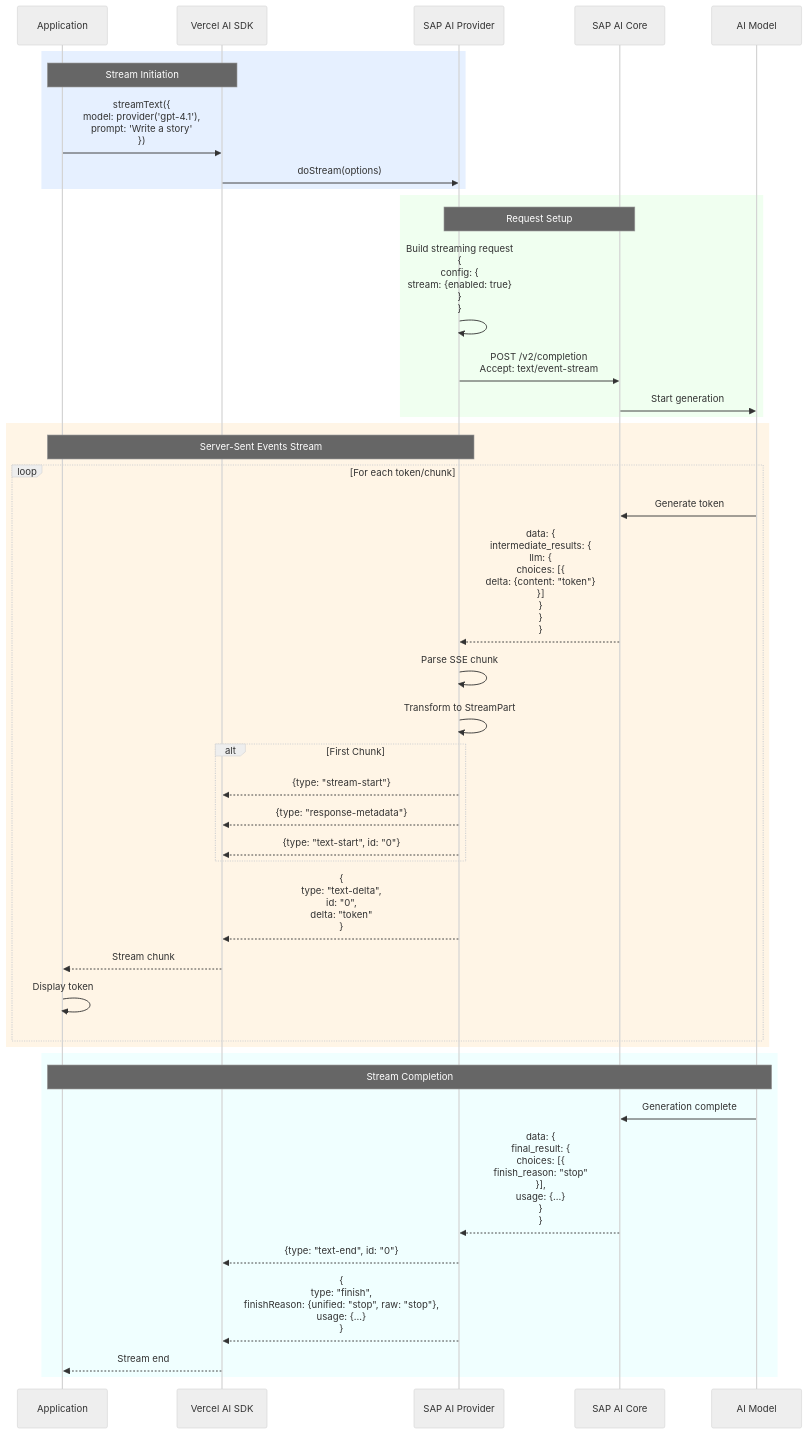
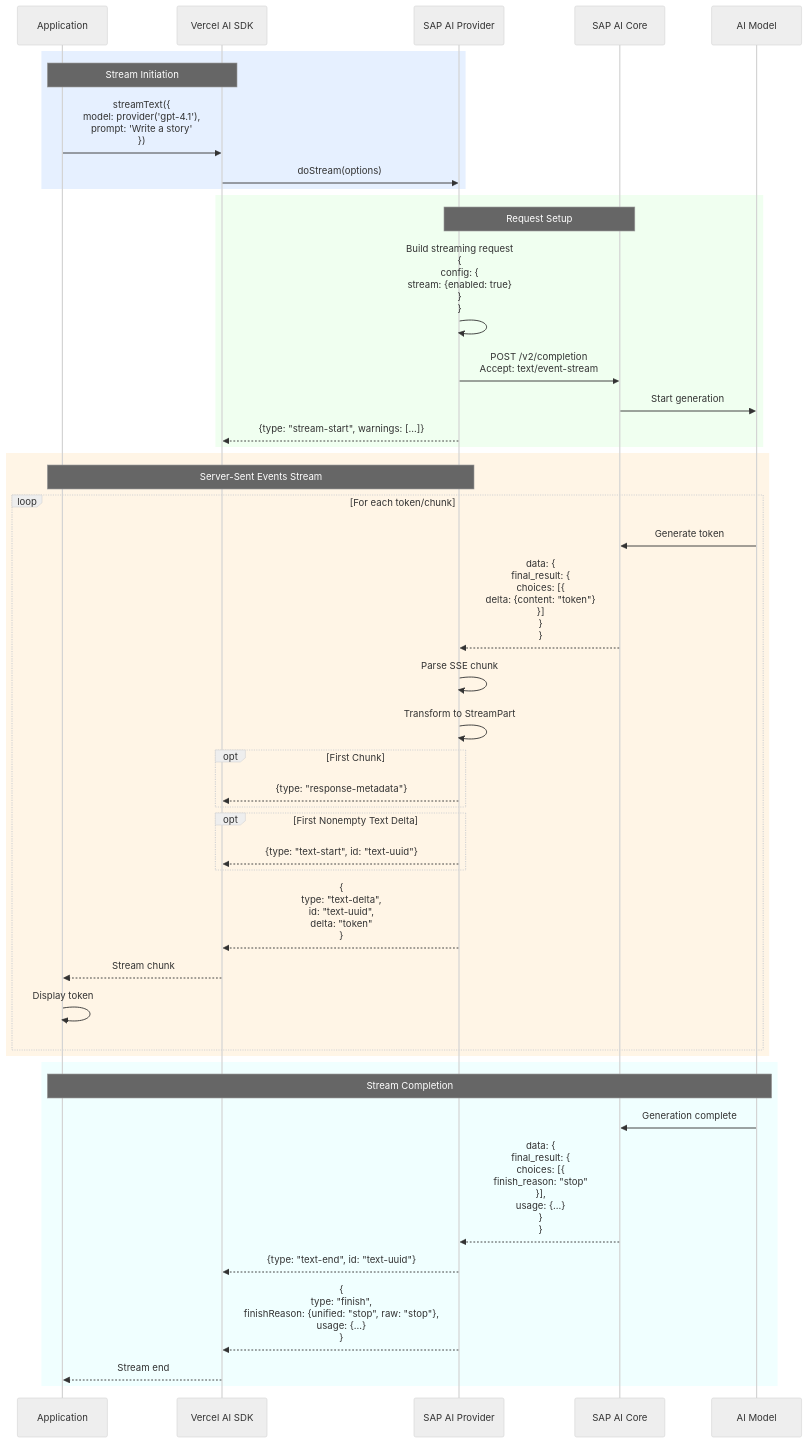
The fifth of 11 diagrams in ARCHITECTURE.md (jerome-benoit/sap-ai-provider), drawn with Mermaid (neutral theme) before and after one commit. The commit also changed other lines of this file and 9 other files, not shown here.

````diff
--- a/ARCHITECTURE.md
+++ b/ARCHITECTURE.md
@@ -460,50 +457,52 @@
 ```mermaid
 sequenceDiagram
     participant App as Application
     participant SDK as Vercel AI SDK
     participant Provider as SAP AI Provider
     participant SAP as SAP AI Core
     participant Model as AI Model
 
     rect rgb(230, 240, 255)
         Note over App,SDK: Stream Initiation
         App->>SDK: streamText({<br/>  model: provider('gpt-4.1'),<br/>  prompt: 'Write a story'<br/>})
         SDK->>Provider: doStream(options)
     end
 
     rect rgb(240, 255, 240)
         Note over Provider,SAP: Request Setup
         Provider->>Provider: Build streaming request<br/>{<br/>  config: {<br/>    stream: {enabled: true}<br/>  }<br/>}
         Provider->>SAP: POST /v2/completion<br/>Accept: text/event-stream
         SAP->>Model: Start generation
+        Provider-->>SDK: {type: "stream-start", warnings: [...]}
     end
 
     rect rgb(255, 245, 230)
         Note over Provider,App: Server-Sent Events Stream
         loop For each token/chunk
             Model->>SAP: Generate token
-            SAP-->>Provider: data: {<br/>  intermediate_results: {<br/>    llm: {<br/>      choices: [{<br/>        delta: {content: "token"}<br/>      }]<br/>    }<br/>  }<br/>}
+            SAP-->>Provider: data: {<br/>  final_result: {<br/>    choices: [{<br/>      delta: {content: "token"}<br/>    }]<br/>  }<br/>}
             Provider->>Provider: Parse SSE chunk
             Provider->>Provider: Transform to StreamPart
 
-            alt First Chunk
-                Provider-->>SDK: {type: "stream-start"}
+            opt First Chunk
                 Provider-->>SDK: {type: "response-metadata"}
-                Provider-->>SDK: {type: "text-start", id: "0"}
+            end
+            opt First Nonempty Text Delta
+                Provider-->>SDK: {type: "text-start", id: "text-uuid"}
             end
 
-            Provider-->>SDK: {<br/>  type: "text-delta",<br/>  id: "0",<br/>  delta: "token"<br/>}
+            Provider-->>SDK: {<br/>  type: "text-delta",<br/>  id: "text-uuid",<br/>  delta: "token"<br/>}
             SDK-->>App: Stream chunk
             App->>App: Display token
         end
     end
 
     rect rgb(240, 255, 255)
         Note over Model,App: Stream Completion
         Model->>SAP: Generation complete
         SAP-->>Provider: data: {<br/>  final_result: {<br/>    choices: [{<br/>      finish_reason: "stop"<br/>    }],<br/>    usage: {...}<br/>  }<br/>}
-        Provider-->>SDK: {type: "text-end", id: "0"}
+        Provider-->>SDK: {type: "text-end", id: "text-uuid"}
         Provider-->>SDK: {<br/>  type: "finish",<br/>  finishReason: {unified: "stop", raw: "stop"},<br/>  usage: {...}<br/>}
         SDK-->>App: Stream end
     end
 ```
````
